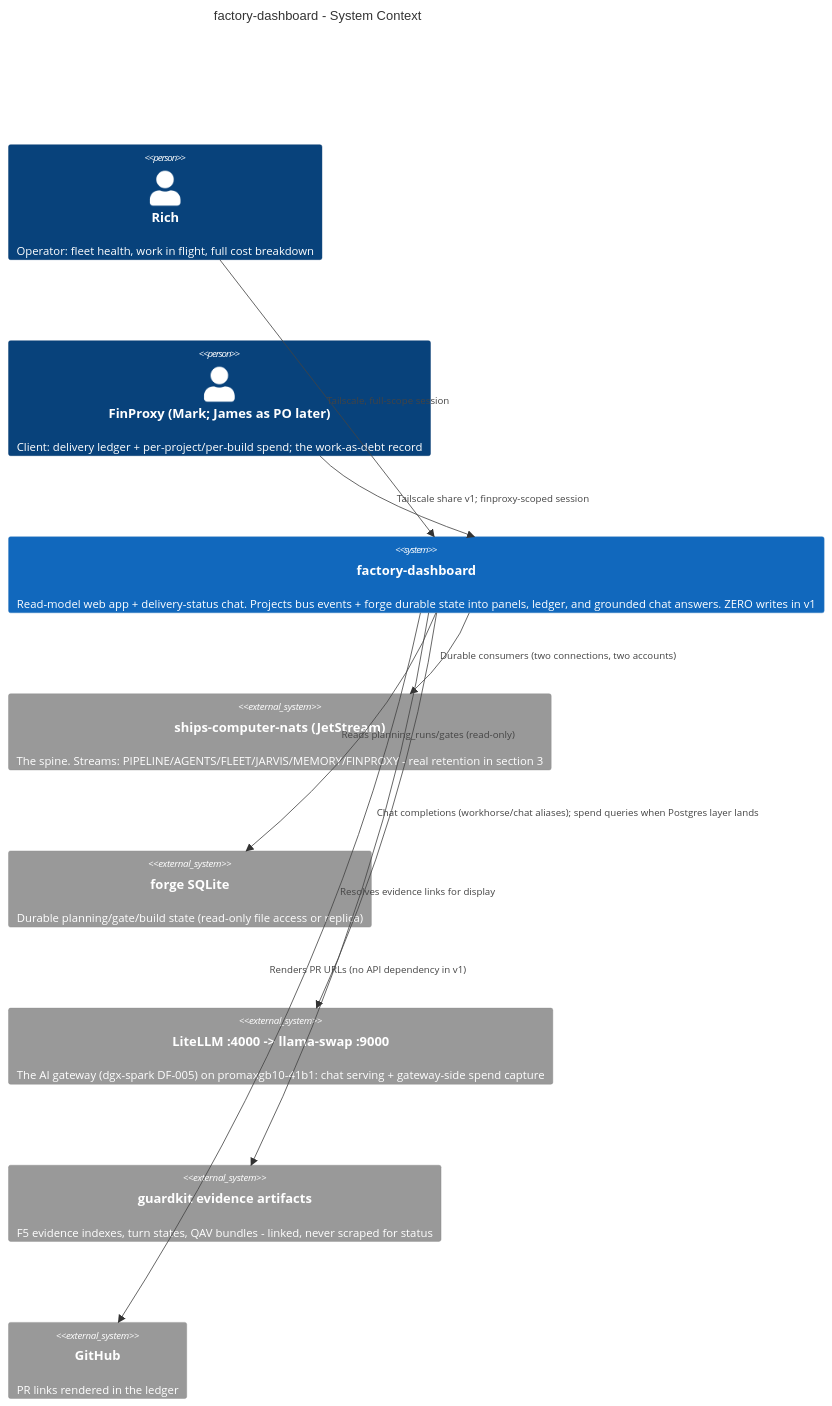
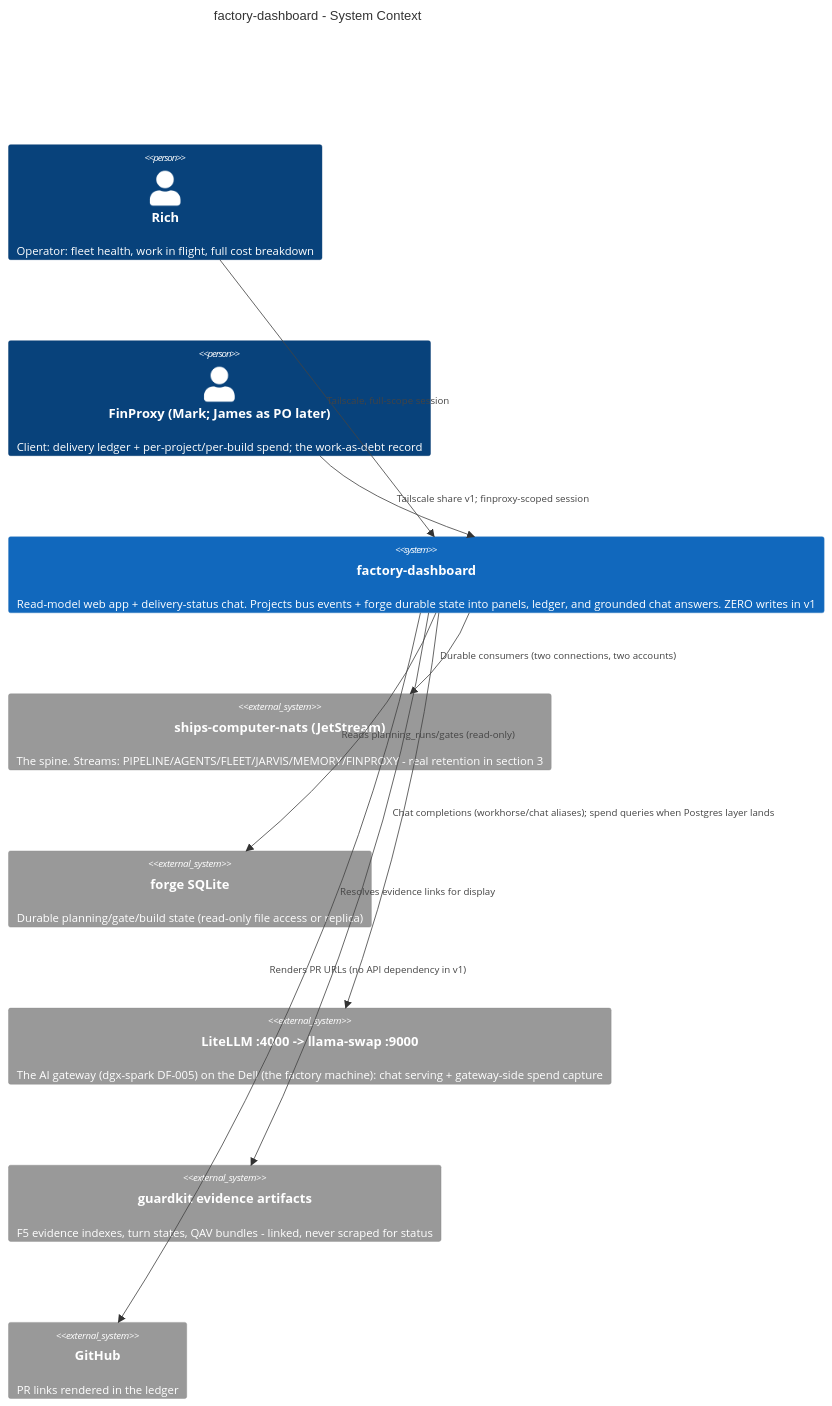
One commit to guardkit/factory-dashboard changed the first of 2 diagrams in docs/architecture/factory-dashboard-system-arch-2026-07-08.md. Above: the diagram before and after it, drawn with Mermaid. The commit also changed other lines of this file and 7 other files, not shown here.

````diff
--- a/docs/architecture/factory-dashboard-system-arch-2026-07-08.md
+++ b/docs/architecture/factory-dashboard-system-arch-2026-07-08.md
@@ -47,22 +47,22 @@
 ```mermaid
 C4Context
   title factory-dashboard - System Context
   Person(rich, "Rich", "Operator: fleet health, work in flight, full cost breakdown")
   Person(finproxy, "FinProxy (Mark; James as PO later)", "Client: delivery ledger + per-project/per-build spend; the work-as-debt record")
 
   System(dash, "factory-dashboard", "Read-model web app + delivery-status chat. Projects bus events + forge durable state into panels, ledger, and grounded chat answers. ZERO writes in v1")
 
   System_Ext(nats, "ships-computer-nats (JetStream)", "The spine. Streams: PIPELINE/AGENTS/FLEET/JARVIS/MEMORY/FINPROXY - real retention in section 3")
   System_Ext(forge, "forge SQLite", "Durable planning/gate/build state (read-only file access or replica)")
-  System_Ext(gw, "LiteLLM :4000 -> llama-swap :9000", "The AI gateway (dgx-spark DF-005) on promaxgb10-41b1: chat serving + gateway-side spend capture")
+  System_Ext(gw, "LiteLLM :4000 -> llama-swap :9000", "The AI gateway (dgx-spark DF-005) on the Dell (the factory machine): chat serving + gateway-side spend capture")
   System_Ext(evid, "guardkit evidence artifacts", "F5 evidence indexes, turn states, QAV bundles - linked, never scraped for status")
   System_Ext(gh, "GitHub", "PR links rendered in the ledger")
 
   Rel(rich, dash, "Tailscale, full-scope session")
   Rel(finproxy, dash, "Tailscale share v1; finproxy-scoped session")
   Rel(dash, nats, "Durable consumers (two connections, two accounts)")
   Rel(dash, forge, "Reads planning_runs/gates (read-only)")
   Rel(dash, gw, "Chat completions (workhorse/chat aliases); spend queries when Postgres layer lands")
   Rel(dash, evid, "Resolves evidence links for display")
   Rel(dash, gh, "Renders PR URLs (no API dependency in v1)")
 ```
````
